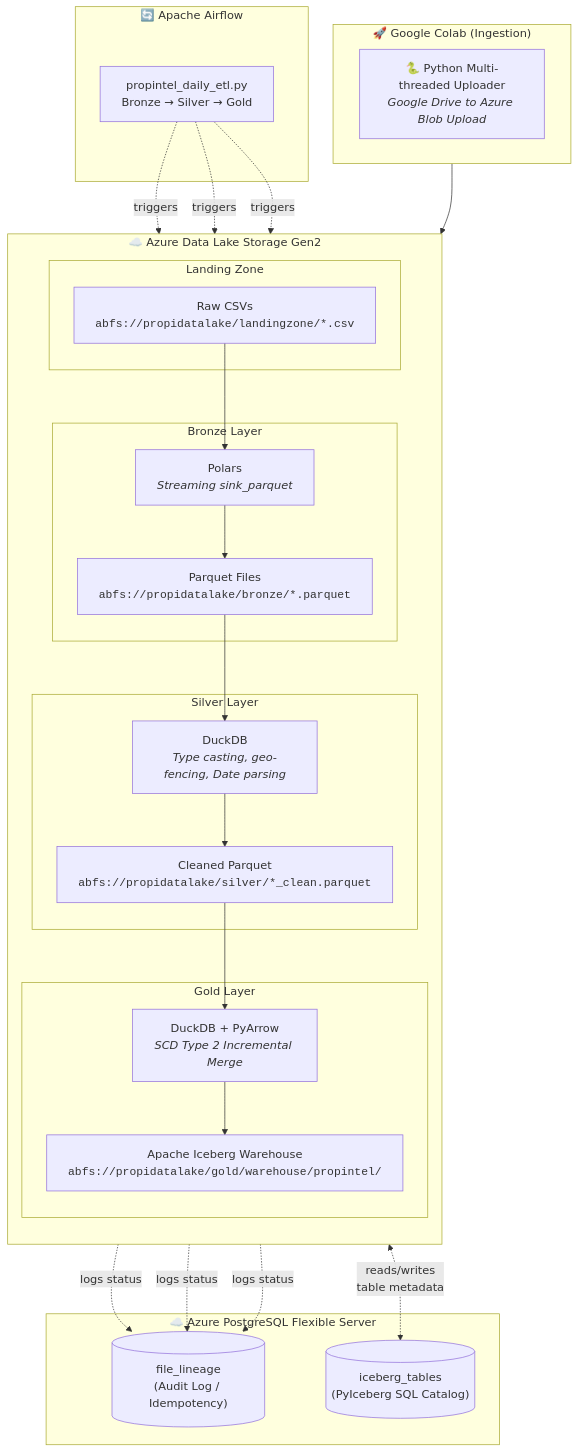
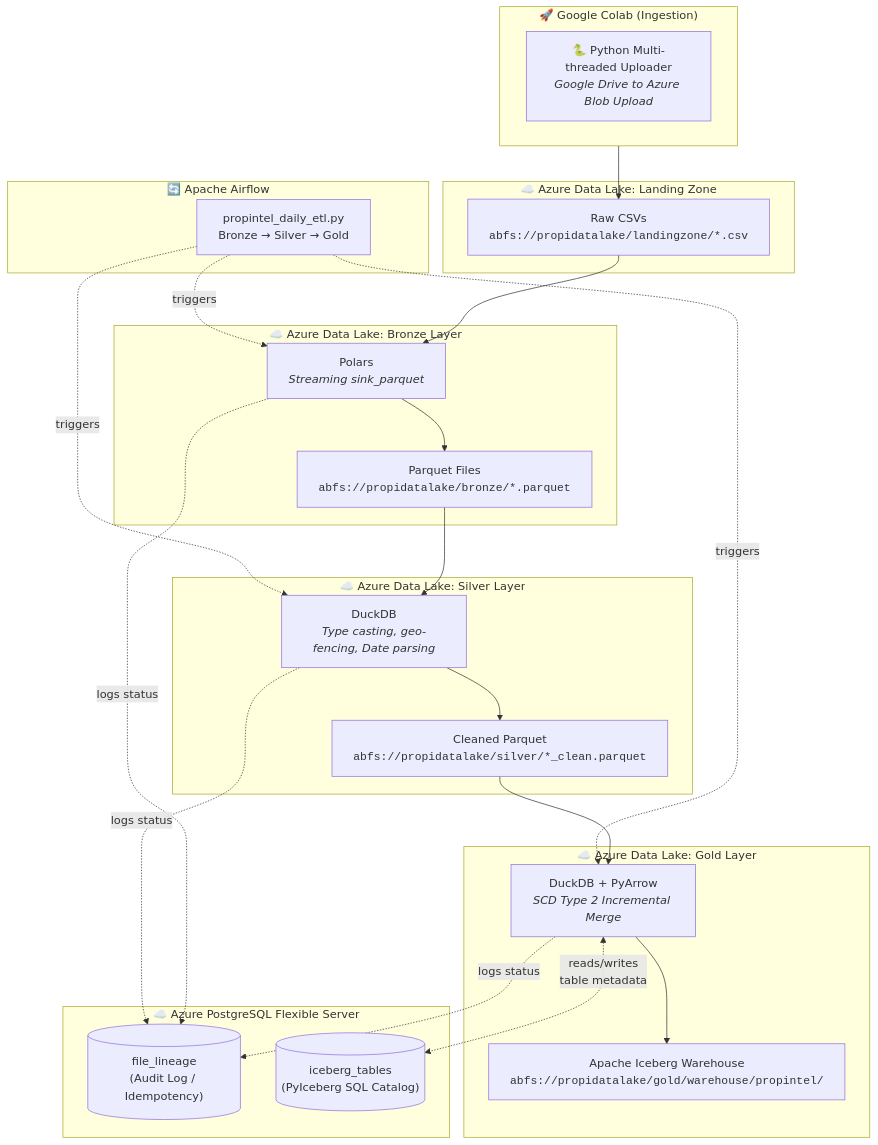
The diagram in README.md (ali786-hub/Property-Intelligence-Platform), drawn with Mermaid before and after one commit. The commit also changed other lines of this file, not shown here.

Commit message:
new readme

````diff
--- a/README.md
+++ b/README.md
@@ -23,55 +23,51 @@
 ```mermaid
 flowchart TB
     subgraph source ["🚀 Google Colab (Ingestion)"]
         direction LR
         COLAB["🐍 Python Multi-threaded Uploader<br/><i>Google Drive to Azure Blob Upload</i>"]
     end
 
     subgraph airflow ["🔄 Apache Airflow"]
         DAG["propintel_daily_etl.py<br/>Bronze → Silver → Gold"]
     end
 
-    subgraph cloud_storage ["☁️ Azure Data Lake Storage Gen2"]
-        direction TB
+    subgraph landing ["☁️ Azure Data Lake: Landing Zone"]
+        B_IN["Raw CSVs<br/><code>abfs://propidatalake/landingzone/*.csv</code>"]
+    end
 
-        subgraph landing ["Landing Zone"]
-            B_IN["Raw CSVs<br/><code>abfs://propidatalake/landingzone/*.csv</code>"]
-        end
+    subgraph bronze ["☁️ Azure Data Lake: Bronze Layer"]
+        B_ENGINE["Polars<br/><i>Streaming sink_parquet</i>"]
+        B_OUT["Parquet Files<br/><code>abfs://propidatalake/bronze/*.parquet</code>"]
+        B_IN --> B_ENGINE --> B_OUT
+    end
 
-        subgraph bronze ["Bronze Layer"]
-            B_ENGINE["Polars<br/><i>Streaming sink_parquet</i>"]
-            B_OUT["Parquet Files<br/><code>abfs://propidatalake/bronze/*.parquet</code>"]
-            B_IN --> B_ENGINE --> B_OUT
-        end
+    subgraph silver ["☁️ Azure Data Lake: Silver Layer"]
+        S_ENGINE["DuckDB<br/><i>Type casting, geo-fencing, Date parsing</i>"]
+        S_OUT["Cleaned Parquet<br/><code>abfs://propidatalake/silver/*_clean.parquet</code>"]
+        B_OUT --> S_ENGINE --> S_OUT
+    end
 
-        subgraph silver ["Silver Layer"]
-            S_ENGINE["DuckDB<br/><i>Type casting, geo-fencing, Date parsing</i>"]
-            S_OUT["Cleaned Parquet<br/><code>abfs://propidatalake/silver/*_clean.parquet</code>"]
-            B_OUT --> S_ENGINE --> S_OUT
-        end
-
-        subgraph gold ["Gold Layer"]
-            G_ENGINE["DuckDB + PyArrow<br/><i>SCD Type 2 Incremental Merge</i>"]
-            G_OUT["Apache Iceberg Warehouse<br/><code>abfs://propidatalake/gold/warehouse/propintel/</code>"]
-            S_OUT --> G_ENGINE --> G_OUT
-        end
+    subgraph gold ["☁️ Azure Data Lake: Gold Layer"]
+        G_ENGINE["DuckDB + PyArrow<br/><i>SCD Type 2 Incremental Merge</i>"]
+        G_OUT["Apache Iceberg Warehouse<br/><code>abfs://propidatalake/gold/warehouse/propintel/</code>"]
+        S_OUT --> G_ENGINE --> G_OUT
     end
 
     subgraph cloud_db ["☁️ Azure PostgreSQL Flexible Server"]
         LINEAGE[("file_lineage<br/>(Audit Log / Idempotency)")]
         CATALOG[("iceberg_tables<br/>(PyIceberg SQL Catalog)")]
     end
 
     source --> B_IN
     
     %% Airflow triggers mapping directly to the compute engines
     DAG -. "triggers" .-> B_ENGINE
     DAG -. "triggers" .-> S_ENGINE
     DAG -. "triggers" .-> G_ENGINE
 
     %% Logging interactions mapping perfectly to the DB
     B_ENGINE -. "logs status" .-> LINEAGE
     S_ENGINE -. "logs status" .-> LINEAGE
     G_ENGINE -. "logs status" .-> LINEAGE
     G_ENGINE <-. "reads/writes<br/>table metadata" .-> CATALOG
 ```
````
